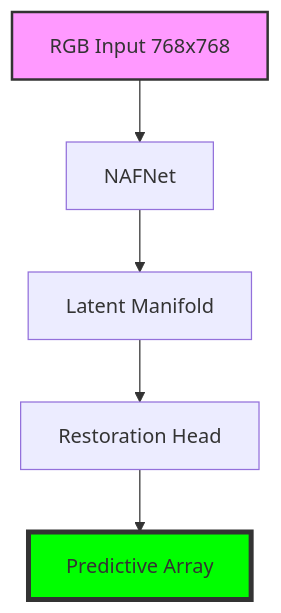
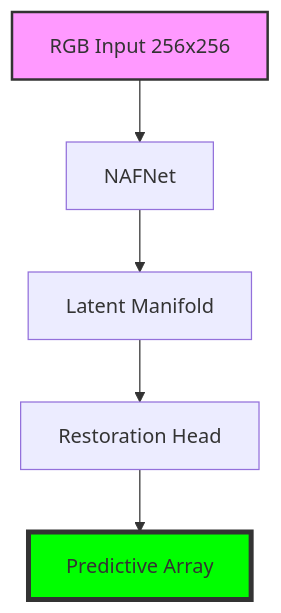
Before and after one commit to lemgenda/lemgendary-pretrained-models: the diagram in nafnet_debluring/README.md, drawn with Mermaid. The commit also changed other lines of this file and 8 other files, not shown here.

````diff
--- a/nafnet_debluring/README.md
+++ b/nafnet_debluring/README.md
@@ -17,10 +17,10 @@
 ```mermaid
 graph TD
-    Input[RGB Input 768x768] --> Backbone[NAFNet]
+    Input[RGB Input 256x256] --> Backbone[NAFNet]
     Backbone --> Manifold[Latent Manifold]
     Manifold --> Head[Restoration Head]
     Head --> Output[Predictive Array]
     
     style Input fill:#f9f,stroke:#333,stroke-width:2px
     style Output fill:#00ff00,stroke:#333,stroke-width:4px
 ```
````
